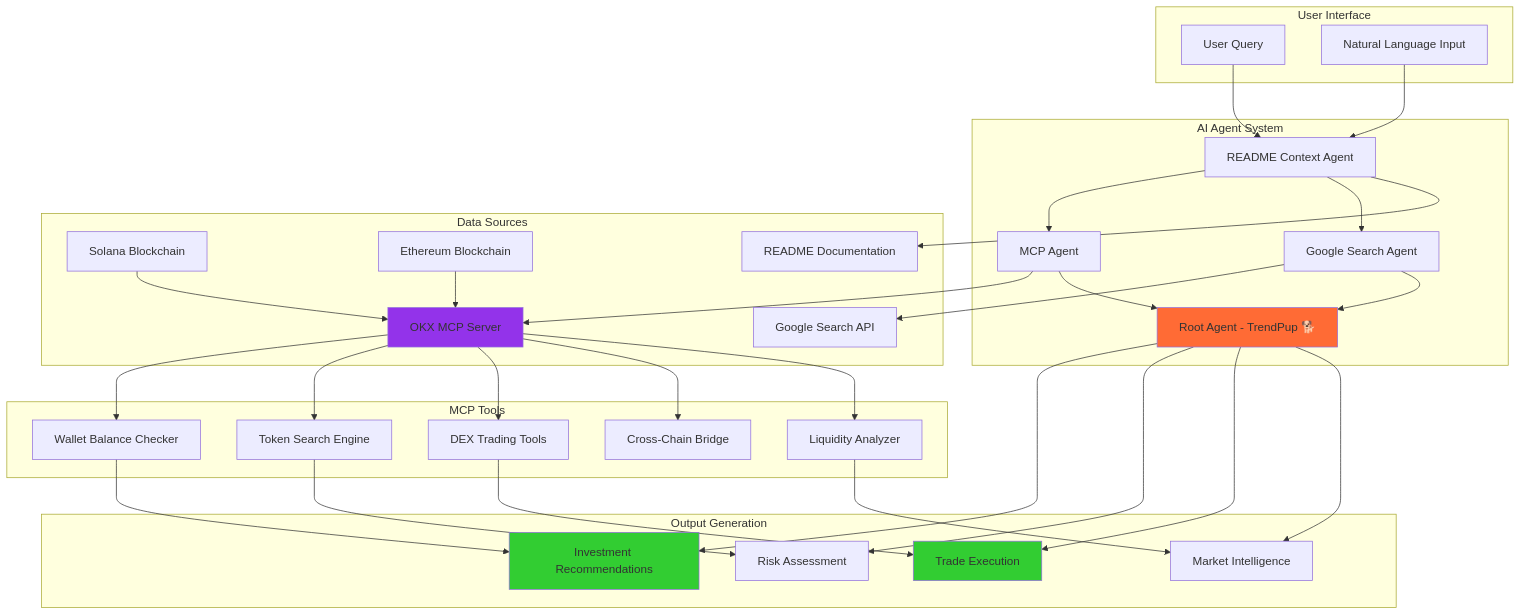
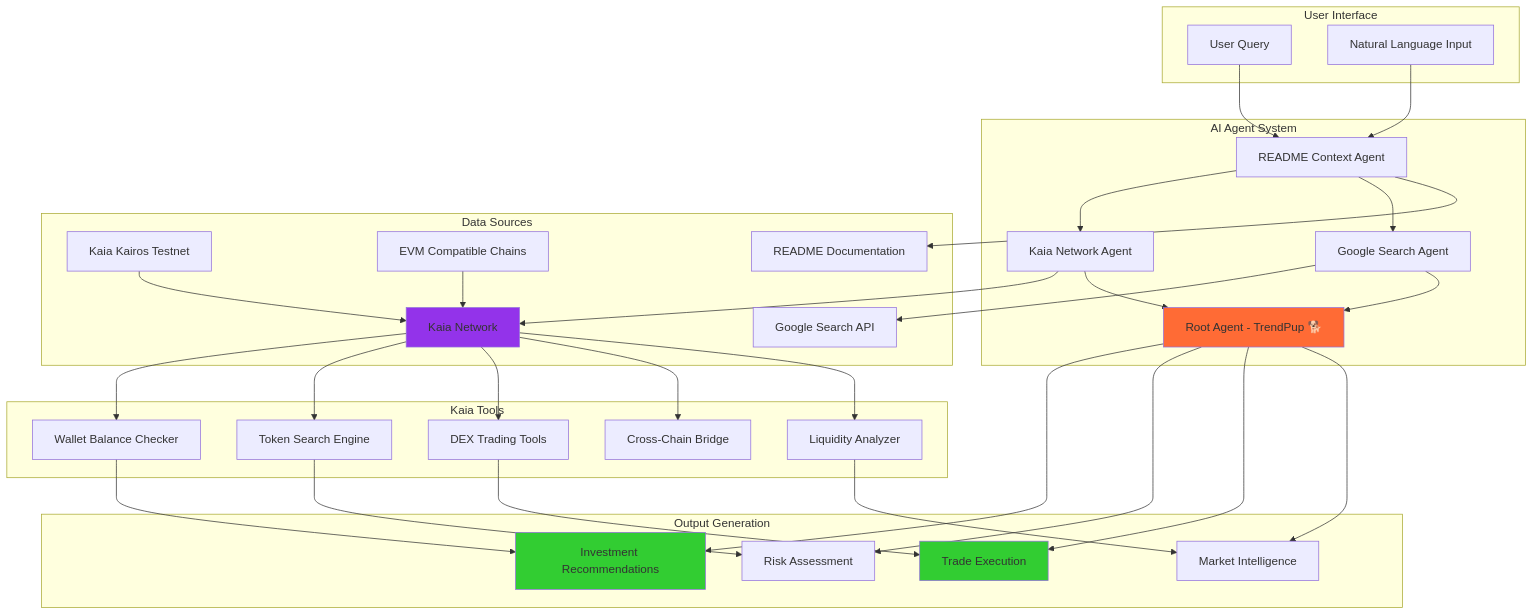
Before and after one commit to Spydiecy/Trendpup_Sonic: the first of 8 diagrams in README.md, drawn with Mermaid. The commit also changed other lines of this file and 21 other files, not shown here.

````diff
--- a/README.md
+++ b/README.md
@@ -215,71 +212,71 @@
 ```mermaid
 flowchart TB
     subgraph "User Interface"
         A[User Query]
         B[Natural Language Input]
     end
     
     subgraph "AI Agent System"
         C[README Context Agent]
-        D[MCP Agent]
+        D[Kaia Network Agent]
         E[Google Search Agent]
         F[Root Agent - TrendPup 🐕]
     end
     
     subgraph "Data Sources"
-        G[OKX MCP Server]
-        H[Solana Blockchain]
-        I[Ethereum Blockchain]
+        G[Kaia Network]
+        H[Kaia Kairos Testnet]
+        I[EVM Compatible Chains]
         J[Google Search API]
         K[README Documentation]
     end
     
-    subgraph "MCP Tools"
+    subgraph "Kaia Tools"
         L[Wallet Balance Checker]
         M[Token Search Engine]
         N[DEX Trading Tools]
         O[Cross-Chain Bridge]
         P[Liquidity Analyzer]
     end
     
     subgraph "Output Generation"
         Q[Investment Recommendations]
         R[Risk Assessment]
         S[Trade Execution]
         T[Market Intelligence]
     end
     
     A --> C
     B --> C
     C --> D
     C --> E
     D --> G
     E --> J
     C --> K
     
     G --> L
     G --> M
     G --> N
     G --> O
     G --> P
     
     H --> G
     I --> G
     
     D --> F
     E --> F
     L --> Q
     M --> R
     N --> S
     P --> T
     
     F --> Q
     F --> R
     F --> S
     F --> T
     
     style F fill:#ff6b35
     style G fill:#9333ea
     style Q fill:#32cd32
     style S fill:#32cd32
 ```
````
